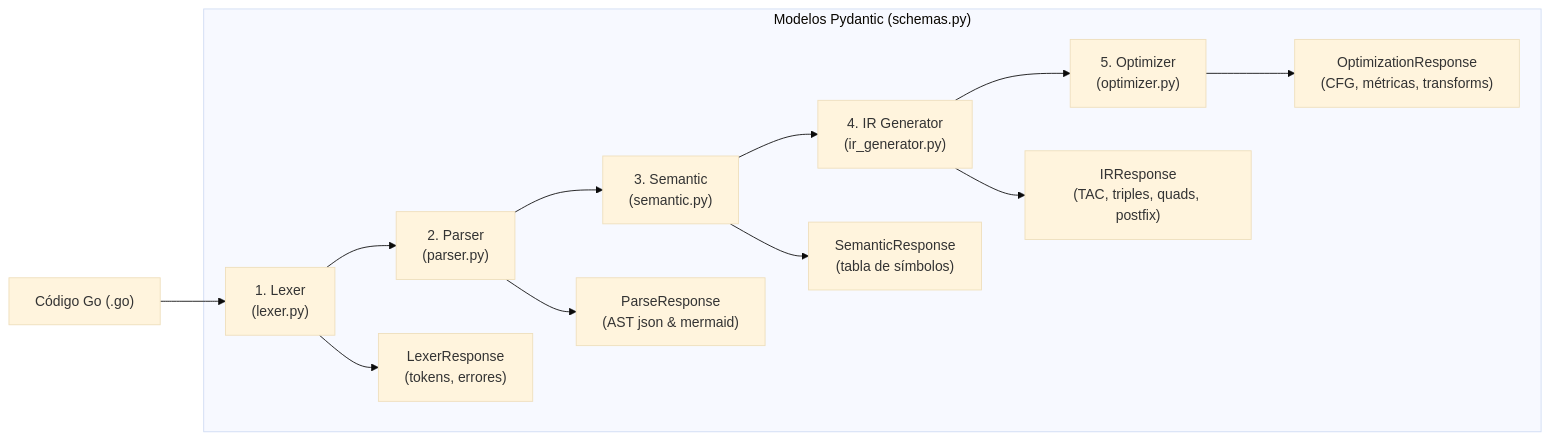
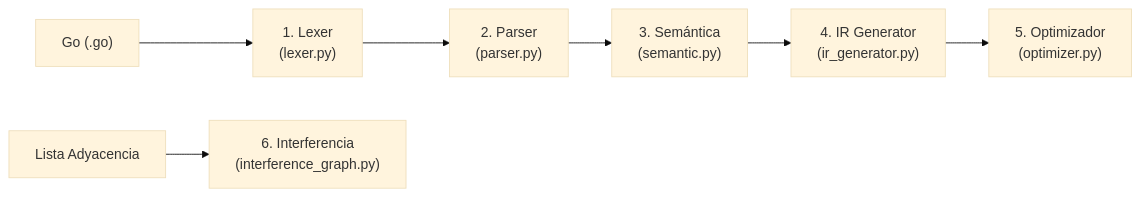
One commit to JorgeLR0610/lexical_analyzer changed the diagram in AGENTS.md. Above: the diagram before and after it, drawn with Mermaid (base theme). The commit also changed other lines of this file and 9 other files, not shown here.

````diff
--- a/AGENTS.md
+++ b/AGENTS.md
@@ -65,16 +46,10 @@
 ```mermaid
 flowchart LR
-    SRC["Código Go (.go)"] --> Lexer["1. Lexer\n(lexer.py)"]
+    Go["Go (.go)"] --> Lexer["1. Lexer\n(lexer.py)"]
     Lexer --> Parser["2. Parser\n(parser.py)"]
-    Parser --> Semantic["3. Semantic\n(semantic.py)"]
-    Semantic --> IR["4. IR Generator\n(ir_generator.py)"]
-    IR --> Optimizer["5. Optimizer\n(optimizer.py)"]
+    Parser --> Sem["3. Semántica\n(semantic.py)"]
+    Sem --> IR["4. IR Generator\n(ir_generator.py)"]
+    IR --> Opt["5. Optimizador\n(optimizer.py)"]
     
-    subgraph Salidas ["Modelos Pydantic (schemas.py)"]
-        Lexer --> LexOut["LexerResponse\n(tokens, errores)"]
-        Parser --> ParseOut["ParseResponse\n(AST json & mermaid)"]
-        Semantic --> SemOut["SemanticResponse\n(tabla de símbolos)"]
-        IR --> IROut["IRResponse\n(TAC, triples, quads, postfix)"]
-        Optimizer --> OptOut["OptimizationResponse\n(CFG, métricas, transforms)"]
-    end
+    Adj["Lista Adyacencia"] --> Interf["6. Interferencia\n(interference_graph.py)"]
 ```
````
